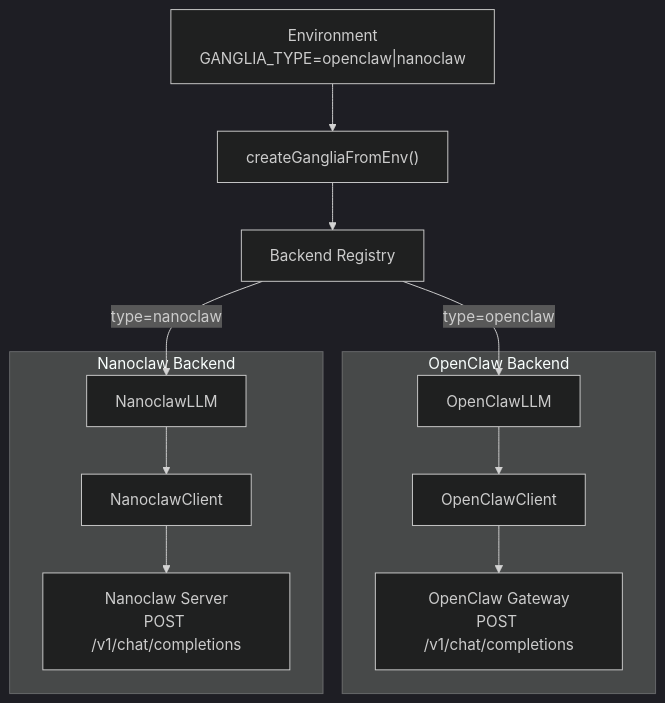
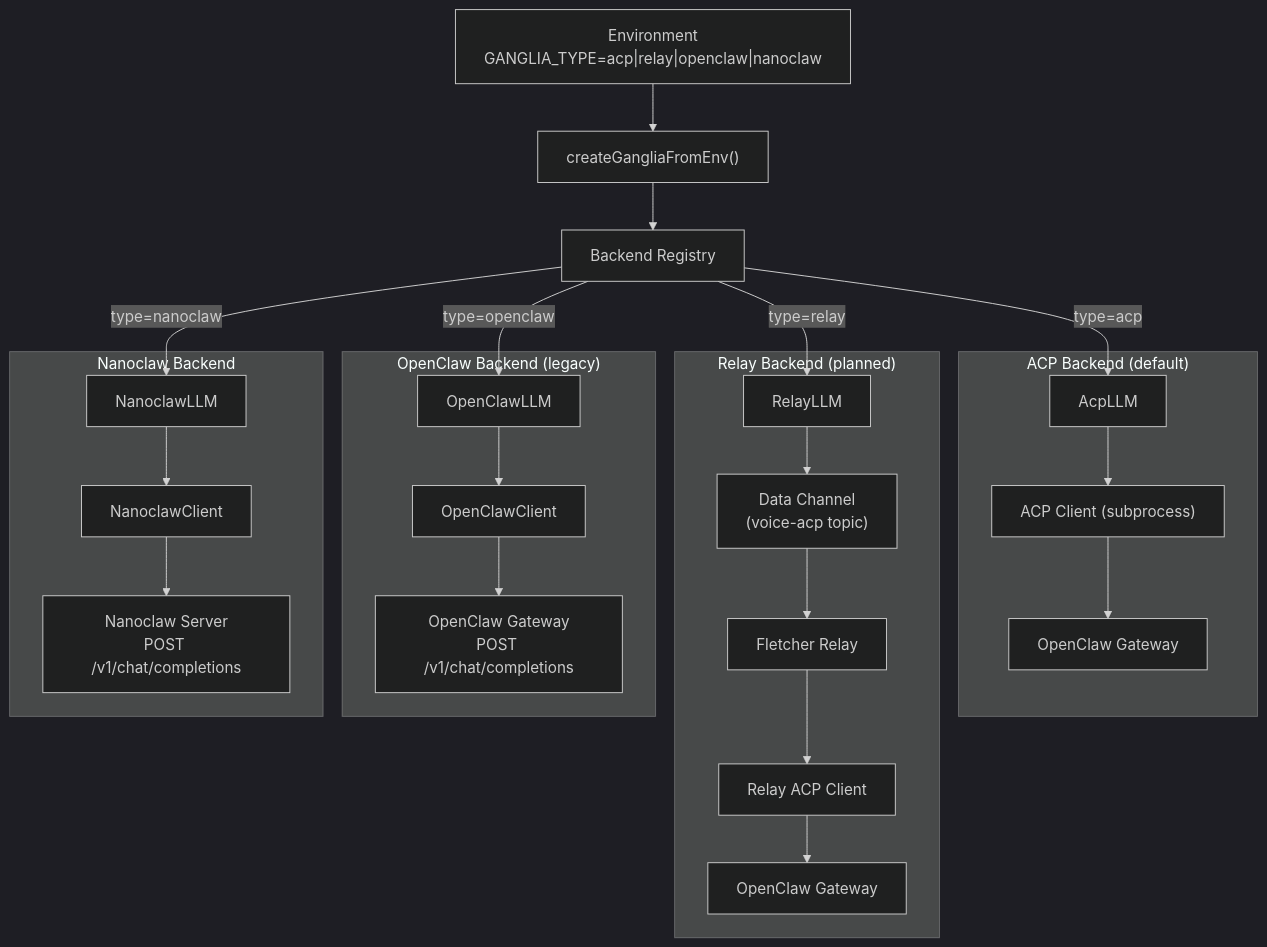
Before and after one commit to dremonkey/fletcher: the diagram in docs/architecture/brain-plugin.md, drawn with Mermaid (dark theme). The commit also changed other lines of this file and 5 other files, not shown here.

First line of the commit message:
docs(tasks): add task 064 — relay-mediated LLM backend

````diff
--- a/docs/architecture/brain-plugin.md
+++ b/docs/architecture/brain-plugin.md
@@ -9,25 +9,43 @@
 ```mermaid
 flowchart TD
-    ENV["Environment<br/>GANGLIA_TYPE=openclaw|nanoclaw"]
+    ENV["Environment<br/>GANGLIA_TYPE=acp|relay|openclaw|nanoclaw"]
     F["createGangliaFromEnv()"]
     R["Backend Registry"]
 
-    subgraph "OpenClaw Backend"
+    subgraph "ACP Backend (default)"
+        ALLM["AcpLLM"]
+        AC["ACP Client (subprocess)"]
+        AGW["OpenClaw Gateway"]
+    end
+
+    subgraph "Relay Backend (planned)"
+        RLLM["RelayLLM"]
+        DC["Data Channel<br/>(voice-acp topic)"]
+        RELAY["Fletcher Relay"]
+        RAC["Relay ACP Client"]
+        RGW["OpenClaw Gateway"]
+    end
+
+    subgraph "OpenClaw Backend (legacy)"
         OLLM["OpenClawLLM"]
         OC["OpenClawClient"]
         GW["OpenClaw Gateway<br/>POST /v1/chat/completions"]
     end
 
     subgraph "Nanoclaw Backend"
         NLLM["NanoclawLLM"]
         NC["NanoclawClient"]
         NW["Nanoclaw Server<br/>POST /v1/chat/completions"]
     end
 
     ENV --> F
     F --> R
+    R -->|"type=acp"| ALLM
+    R -->|"type=relay"| RLLM
     R -->|"type=openclaw"| OLLM
     R -->|"type=nanoclaw"| NLLM
+    ALLM --> AC --> AGW
+    RLLM --> DC --> RELAY --> RAC --> RGW
     OLLM --> OC --> GW
     NLLM --> NC --> NW
 ```
````
